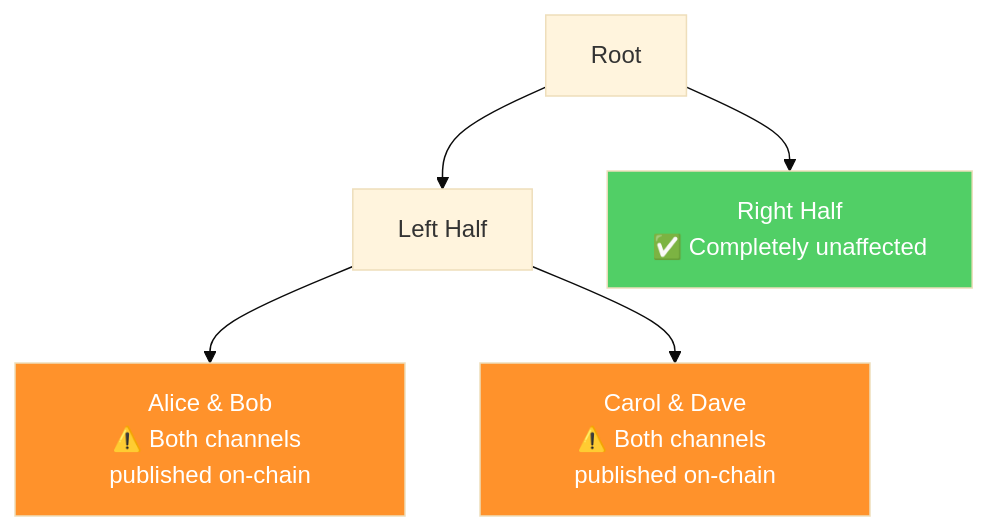
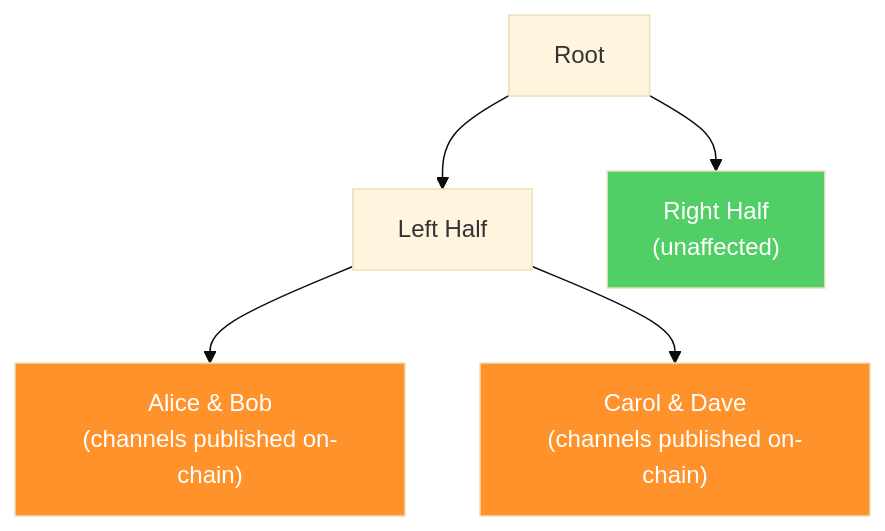
The third of 3 diagrams in core-concepts/factory-tree-topology.md (8144225309/superscalar-docs), drawn with Mermaid (base theme) before and after one commit. The commit also changed other lines of this file and 31 other files, not shown here.

````diff
--- a/core-concepts/factory-tree-topology.md
+++ b/core-concepts/factory-tree-topology.md
@@ -144,11 +143,11 @@
 ```mermaid
 graph TD
     R["Root"] --> L["Left Half"]
-    R --> Ri["Right Half<br/>✅ Completely unaffected"]
-    L --> LL["Alice & Bob<br/>⚠️ Both channels published on-chain"]
-    L --> LR["Carol & Dave<br/>⚠️ Both channels published on-chain"]
+    R --> Ri["Right Half<br/>(unaffected)"]
+    L --> LL["Alice & Bob<br/>(channels published on-chain)"]
+    L --> LR["Carol & Dave<br/>(channels published on-chain)"]
 
     style Ri fill:#51cf66,color:#fff
     style LL fill:#ff922b,color:#fff
     style LR fill:#ff922b,color:#fff
 ```
````
